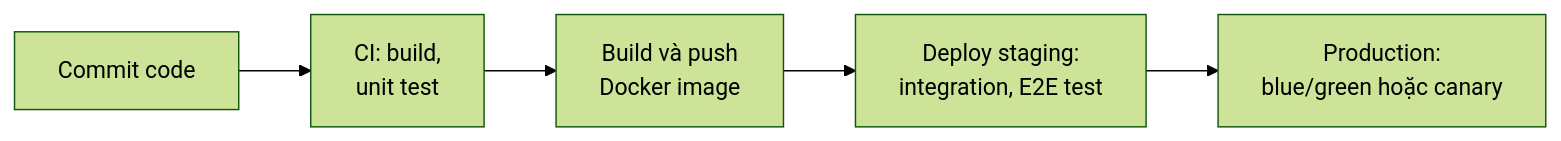
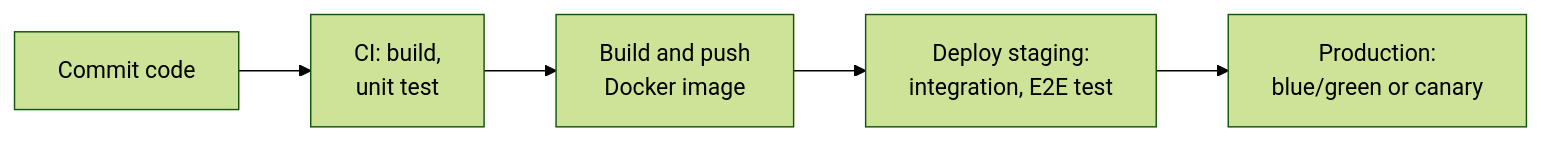
One commit to sunflynf/web-notes changed the second of 2 diagrams in docs/key-notes/microservices.mdx. Above: the diagram before and after it, drawn with Mermaid (forest theme). The commit also changed other lines of this file and 33 other files, not shown here.

````diff
--- a/docs/key-notes/microservices.mdx
+++ b/docs/key-notes/microservices.mdx
@@ -109,7 +109,7 @@
 ```mermaid
 flowchart LR
   A["Commit code"] --> B["CI: build,<br/>unit test"]
-  B --> C["Build và push<br/>Docker image"]
+  B --> C["Build and push<br/>Docker image"]
   C --> D["Deploy staging:<br/>integration, E2E test"]
-  D --> E["Production:<br/>blue/green hoặc canary"]
+  D --> E["Production:<br/>blue/green or canary"]
 ```
````
